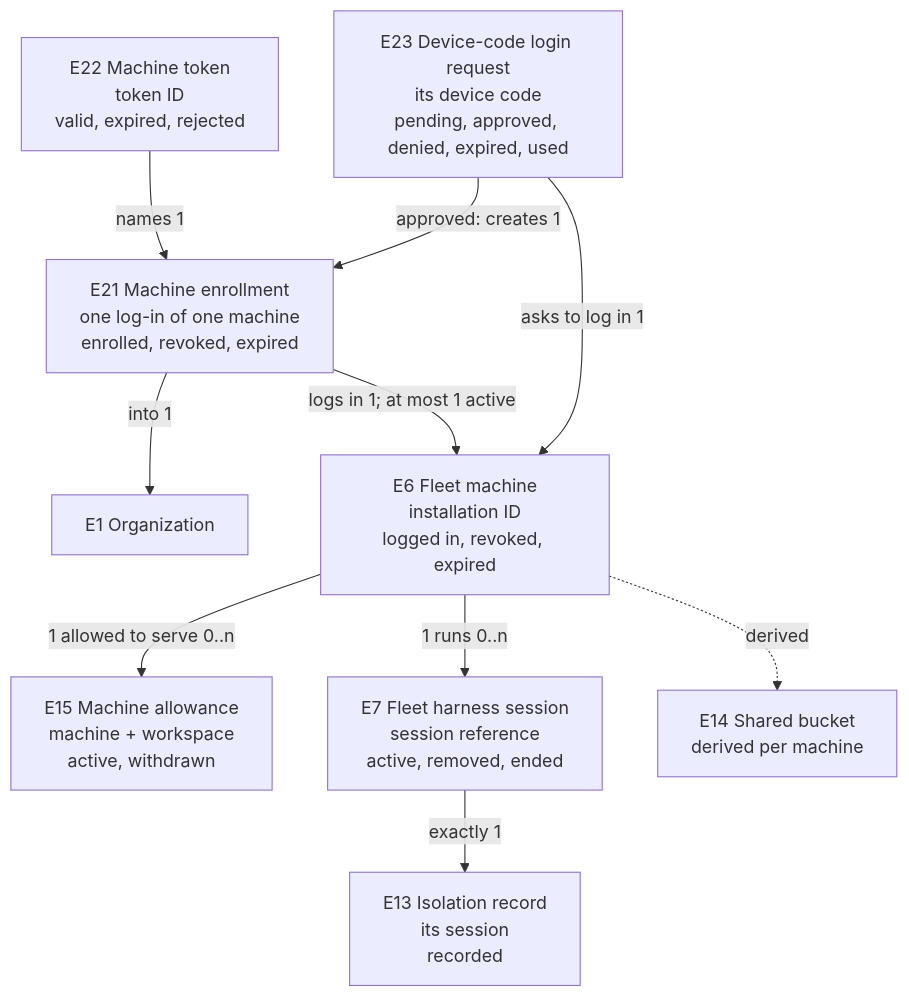
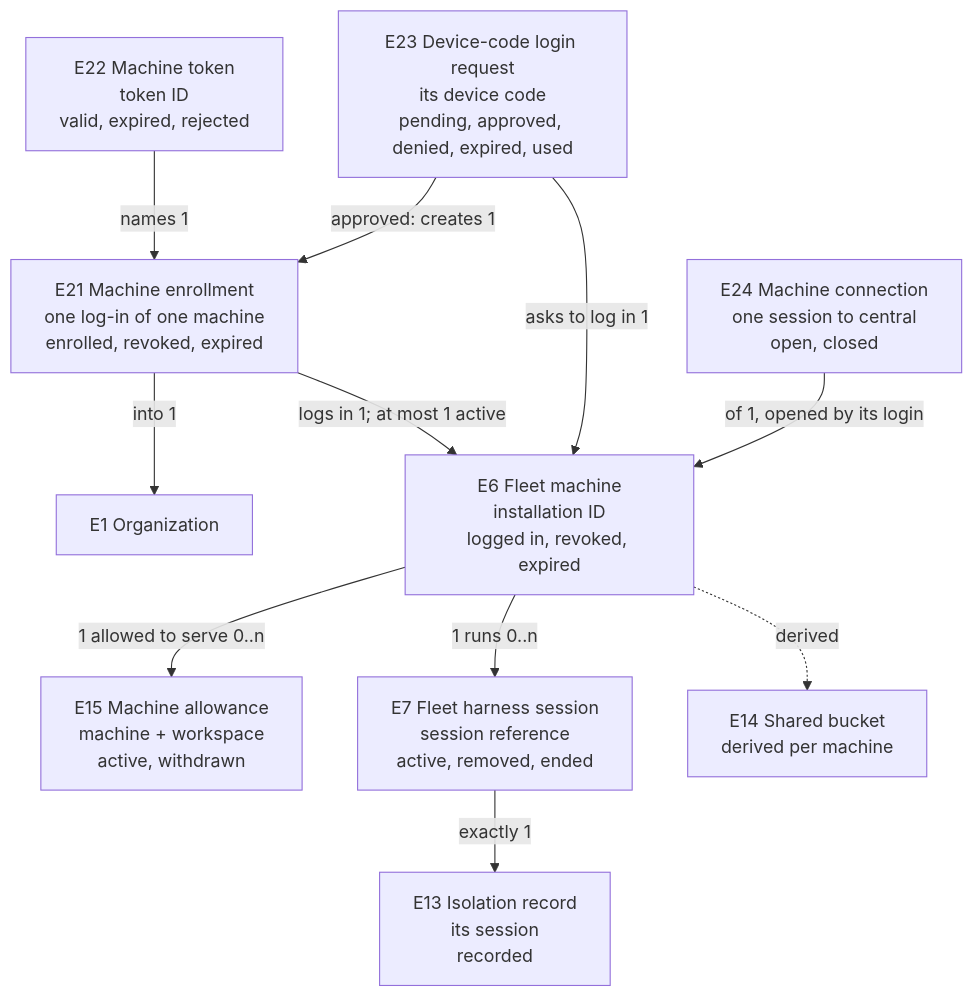
The third of 4 diagrams in docs/specs/2026-10-24-agent-identity/specification.md (ShravanSunder/agent-vm), drawn with Mermaid before and after one commit. The commit also changed other lines of this file and 31 other files, not shown here.

First line of the commit message:
Design item two: who is logged in (U40) and one machine client per enrollment

````diff
--- a/docs/specs/2026-10-24-agent-identity/specification.md
+++ b/docs/specs/2026-10-24-agent-identity/specification.md
@@ -109,21 +112,23 @@
 ```mermaid
 flowchart TB
   E1["E1 Organization"]
   E23["E23 Device-code login request<br/>its device code<br/>pending, approved, denied, expired, used"]
   E21["E21 Machine enrollment<br/>one log-in of one machine<br/>enrolled, revoked, expired"]
   E22["E22 Machine token<br/>token ID<br/>valid, expired, rejected"]
   E6["E6 Fleet machine<br/>installation ID<br/>logged in, revoked, expired"]
   E15["E15 Machine allowance<br/>machine + workspace<br/>active, withdrawn"]
   E7["E7 Fleet harness session<br/>session reference<br/>active, removed, ended"]
   E13["E13 Isolation record<br/>its session<br/>recorded"]
   E14["E14 Shared bucket<br/>derived per machine"]
+  E24["E24 Machine connection<br/>one session to central<br/>open, closed"]
   E21 -- "into 1" --> E1
+  E24 -- "of 1, opened by its login" --> E6
   E23 -- "approved: creates 1" --> E21
   E23 -- "asks to log in 1" --> E6
   E21 -- "logs in 1; at most 1 active" --> E6
   E22 -- "names 1" --> E21
   E6 -- "1 allowed to serve 0..n" --> E15
   E6 -- "1 runs 0..n" --> E7
   E7 -- "exactly 1" --> E13
   E6 -. "derived" .-> E14
 ```
````
